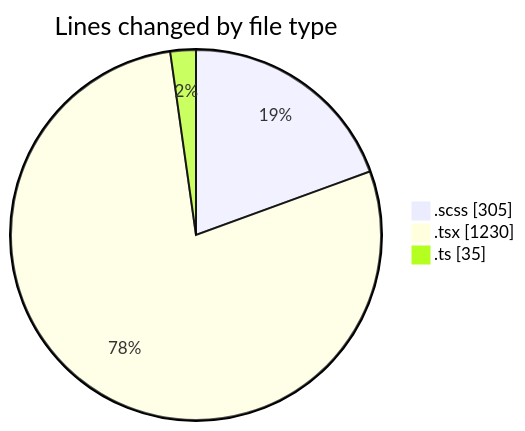
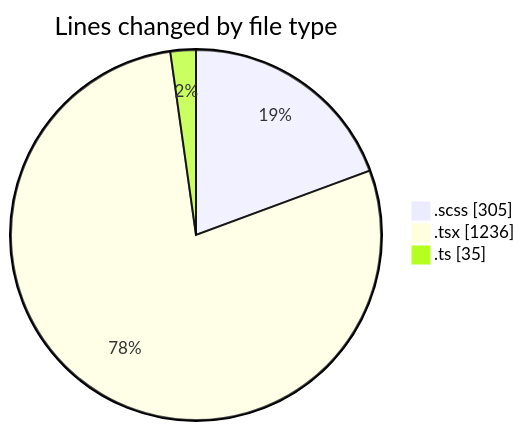
The first of 2 diagrams in 2025-03-04/cda/README.md (momahboobian/code-tracking), drawn with Mermaid before and after one commit. The commit also changed other lines of this file and 1 other file, not shown here.

````diff
--- a/2025-03-04/cda/README.md
+++ b/2025-03-04/cda/README.md
@@ -28,7 +28,7 @@
 ```mermaid
 pie showData
 title Lines changed by file type
 ".scss" : 305
-".tsx" : 1230
+".tsx" : 1236
 ".ts" : 35
 ```
````
